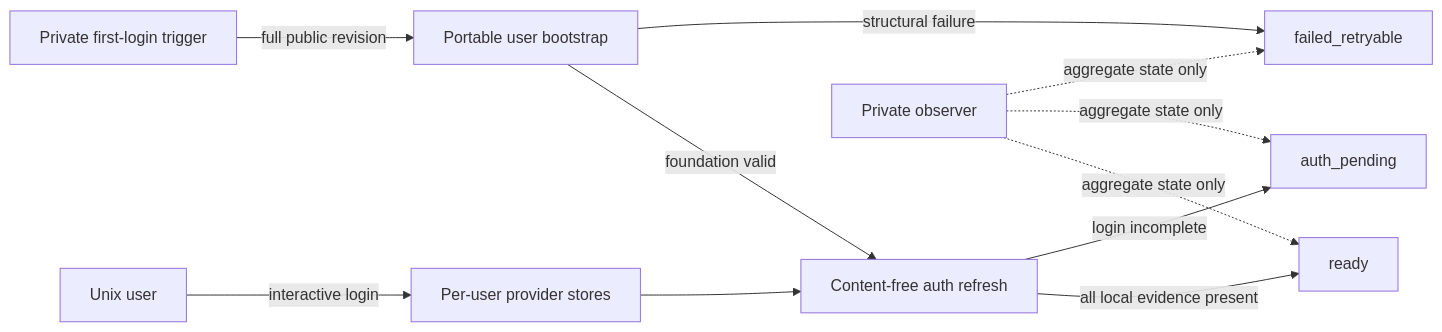
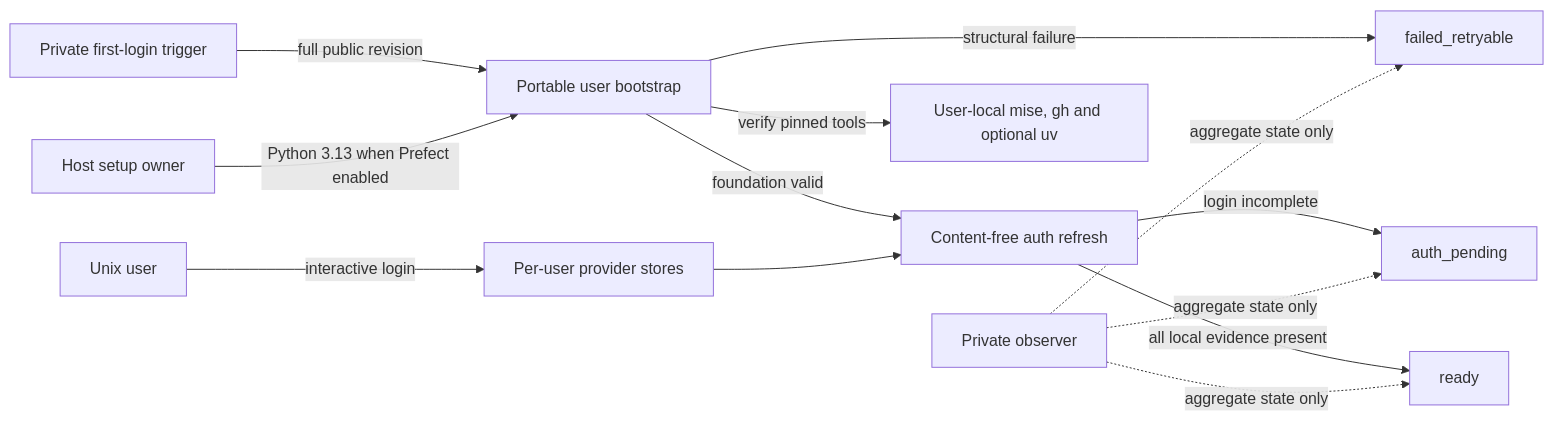
The diagram in docs/specs/dotfiles_ai_distribution/features/remote-user-rollout-runtime.md (Saltiola7/dotfiles-ai), drawn with Mermaid before and after one commit. The commit also changed other lines of this file and 15 other files, not shown here.

Commit message:
feat(remote): add pinned personalisation tools

````diff
--- a/docs/specs/dotfiles_ai_distribution/features/remote-user-rollout-runtime.md
+++ b/docs/specs/dotfiles_ai_distribution/features/remote-user-rollout-runtime.md
@@ -431,15 +471,17 @@
 ```mermaid
 flowchart LR
     accTitle: Portable rollout runtime ownership and state
-    accDescr: Public dotfiles-ai bootstraps one user-owned revision and refreshes content-free state. Private infrastructure only triggers and aggregates. Users perform interactive authentication themselves.
+    accDescr: Public dotfiles-ai bootstraps one user-owned revision, verifies pinned tools, and refreshes content-free state. Private infrastructure provides the host Python prerequisite, triggers and aggregates. Users perform interactive authentication themselves.
     I[Private first-login trigger] -->|full public revision| B[Portable user bootstrap]
     B -->|structural failure| F[failed_retryable]
     B -->|foundation valid| R[Content-free auth refresh]
+    H[Host setup owner] -->|Python 3.13 when Prefect enabled| B
+    B -->|verify pinned tools| T[User-local mise, gh and optional uv]
     R -->|login incomplete| P[auth_pending]
     R -->|all local evidence present| D[ready]
     U[Unix user] -->|interactive login| A[Per-user provider stores]
     A --> R
     O[Private observer] -. aggregate state only .-> F
     O -. aggregate state only .-> P
     O -. aggregate state only .-> D
 ```
````
